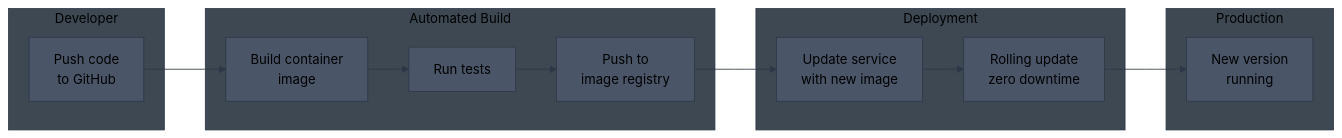
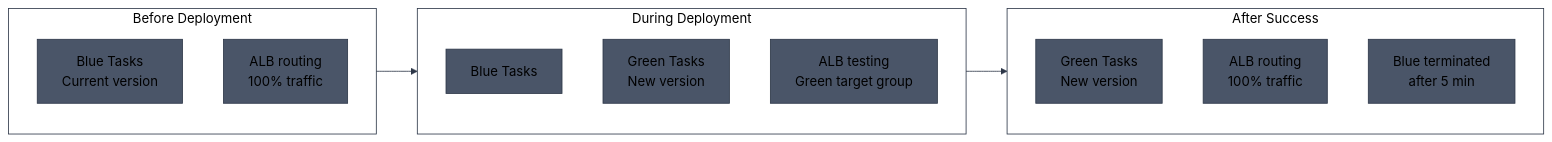
Before and after one commit to aldea-ai/infrastructure-docs: diagram 13 of 13 in diagrams/ecs-architecture.md, drawn with Mermaid. The commit also changed other lines of this file, not shown here.

First line of the commit message:
Add comprehensive deployment pipeline diagrams for all repos

````diff
--- a/diagrams/ecs-architecture.md
+++ b/diagrams/ecs-architecture.md
@@ -358,24 +529,22 @@
 ```mermaid
-%%{init: {'theme': 'base', 'themeVariables': { 'primaryColor': '#4a5568', 'primaryTextColor': '#000', 'primaryBorderColor': '#2d3748', 'lineColor': '#2d3748', 'secondaryColor': '#5a6577', 'tertiaryColor': '#6b7280', 'background': '#1a202c', 'mainBkg': '#4a5568', 'secondBkg': '#5a6577', 'clusterBkg': '#3d4852', 'clusterBorder': '#2d3748', 'titleColor': '#000'}}}%%
+%%{init: {'theme': 'base', 'themeVariables': { 'primaryColor': '#4a5568', 'primaryTextColor': '#000', 'primaryBorderColor': '#2d3748', 'lineColor': '#2d3748', 'secondaryColor': '#5a6577', 'tertiaryColor': '#6b7280', 'clusterBkg': 'transparent', 'clusterBorder': '#2d3748', 'titleColor': '#000'}}}%%
 flowchart LR
-    subgraph Dev["Developer"]
-        CODE[Push code<br/>to GitHub]
+    subgraph Before["Before Deployment"]
+        BLUE[Blue Tasks<br/>Current version]
+        ALB_B[ALB routing<br/>100% traffic]
     end
 
-    subgraph CI["Automated Build"]
-        BUILD[Build container<br/>image]
-        TEST[Run tests]
-        PUSH[Push to<br/>image registry]
+    subgraph During["During Deployment"]
+        BLUE2[Blue Tasks]
+        GREEN[Green Tasks<br/>New version]
+        ALB_D[ALB testing<br/>Green target group]
     end
 
-    subgraph Deploy["Deployment"]
-        UPDATE[Update service<br/>with new image]
-        ROLL[Rolling update<br/>zero downtime]
+    subgraph After["After Success"]
+        GREEN2[Green Tasks<br/>New version]
+        ALB_A[ALB routing<br/>100% traffic]
+        TERM[Blue terminated<br/>after 5 min]
     end
 
-    subgraph Live["Production"]
-        NEW[New version<br/>running]
-    end
-
-    CODE --> BUILD --> TEST --> PUSH --> UPDATE --> ROLL --> NEW
+    Before --> During --> After
 ```
````
